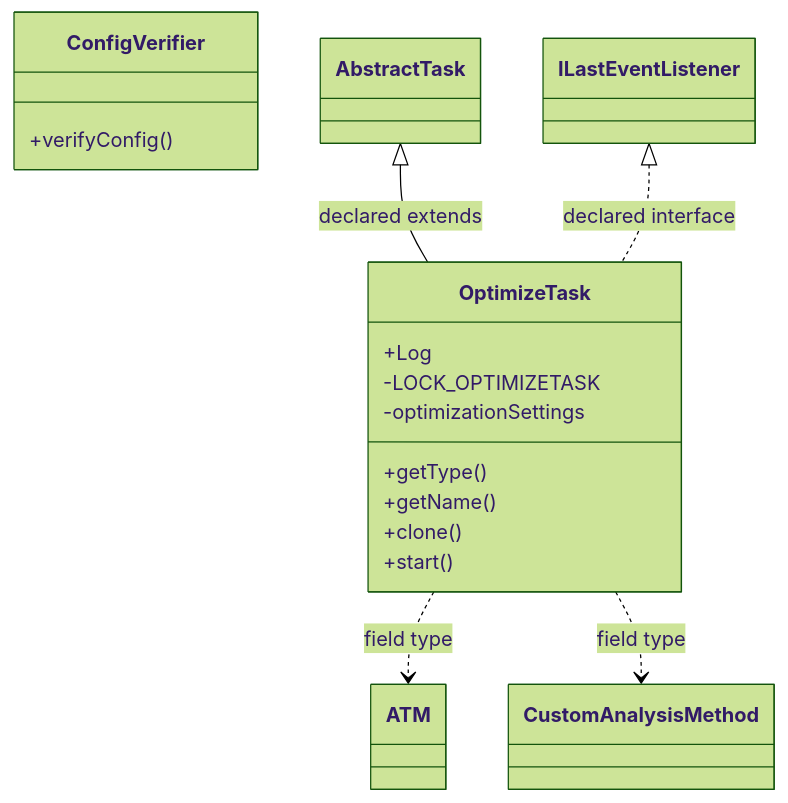
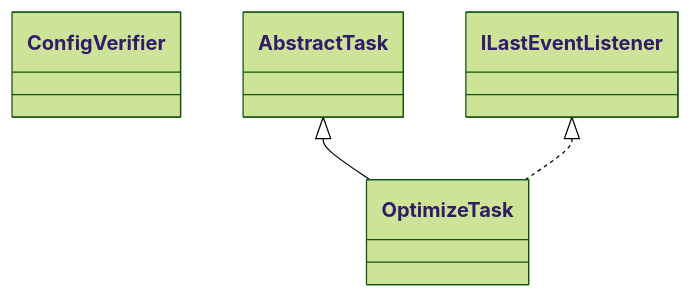
Before and after one commit to haruperi/HaruQuantAI: the diagram in docs/sqx/Optimizer/TaskOptimize.md, drawn with Mermaid (forest theme). The commit also changed other lines of this file and 1688 other files, not shown here.

````diff
--- a/docs/sqx/Optimizer/TaskOptimize.md
+++ b/docs/sqx/Optimizer/TaskOptimize.md
@@ -30,23 +26,9 @@
 ```mermaid
 classDiagram
-    class C346db366aae2["ConfigVerifier"] {
-        +verifyConfig()
-    }
-    class C5a5e3bf9f9cf["OptimizeTask"] {
-        +Log
-        -LOCK_OPTIMIZETASK
-        -optimizationSettings
-        +getType()
-        +getName()
-        +clone()
-        +start()
-    }
-    class C33da5e0a010f["ATM"]
-    class C4e0104799ec7["CustomAnalysisMethod"]
-    class C1295ffcc9568["ILastEventListener"]
-    class Ce44d386802cb["AbstractTask"]
-    Ce44d386802cb <|-- C5a5e3bf9f9cf : declared extends
-    C1295ffcc9568 <|.. C5a5e3bf9f9cf : declared interface
-    C5a5e3bf9f9cf ..> C33da5e0a010f : field type
-    C5a5e3bf9f9cf ..> C4e0104799ec7 : field type
+    class C0["ConfigVerifier"]
+    class C1["OptimizeTask"]
+    class E0["AbstractTask"]
+    E0 <|-- C1
+    class E1["ILastEventListener"]
+    E1 <|.. C1
 ```
````
